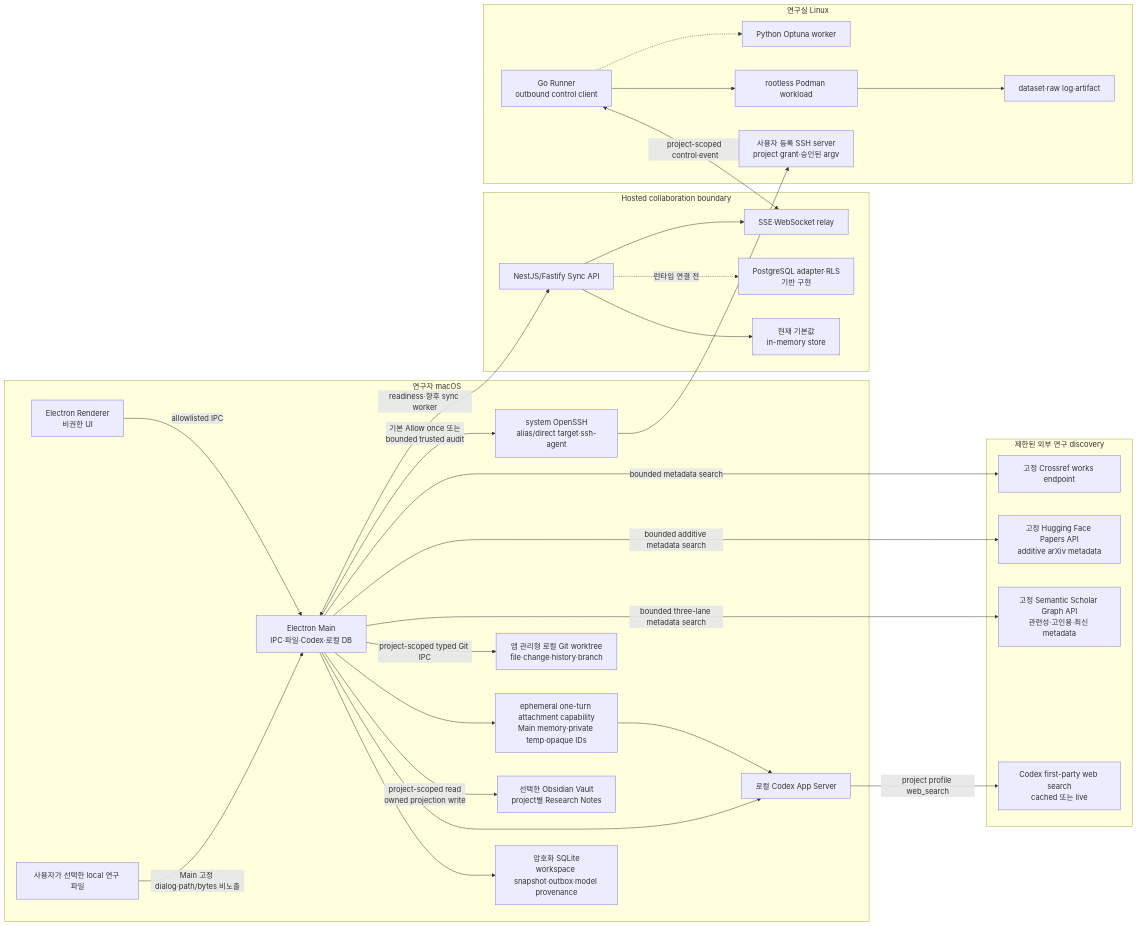
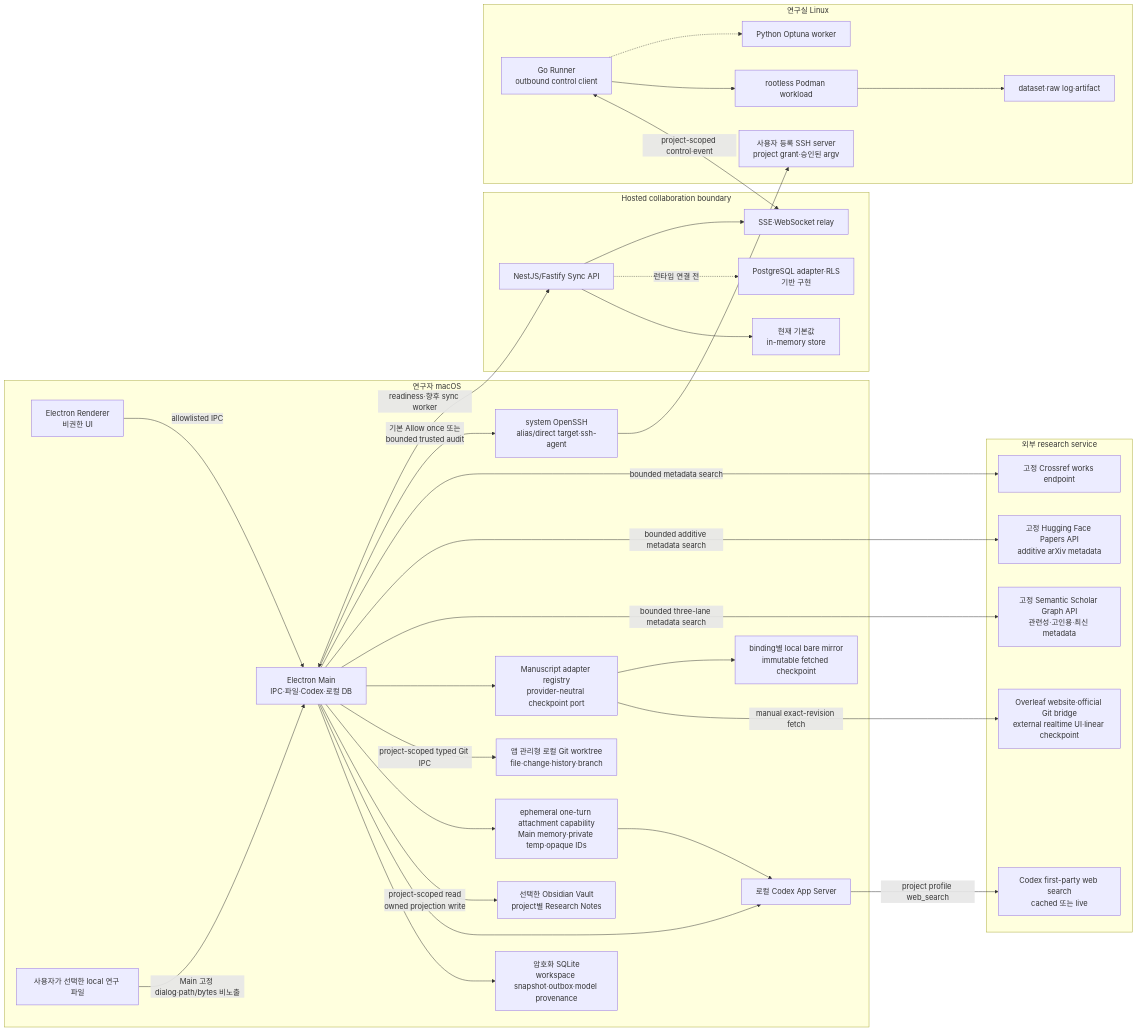
One commit to gli-minsuk-shin/GOSU changed the first of 7 diagrams in docs/ARCHITECTURE.md. Above: the diagram before and after it, drawn with Mermaid. The commit also changed other lines of this file and 127 other files, not shown here.

````diff
--- a/docs/ARCHITECTURE.md
+++ b/docs/ARCHITECTURE.md
@@ -45,56 +45,61 @@
 ```mermaid
 flowchart LR
   subgraph Mac["연구자 macOS"]
     Renderer["Electron Renderer\n비권한 UI"]
     Main["Electron Main\nIPC·파일·Codex·로컬 DB"]
     LocalDB["암호화 SQLite\nworkspace snapshot·outbox·model provenance"]
     Codex["로컬 Codex App Server"]
     Vault["선택한 Obsidian Vault\nproject별 Research Notes"]
     AttachmentFiles["사용자가 선택한 local 연구 파일"]
     AttachmentCapability["ephemeral one-turn attachment capability\nMain memory·private temp·opaque IDs"]
     Git["앱 관리형 로컬 Git worktree\nfile·change·history·branch"]
+    ManuscriptAdapter["Manuscript adapter registry\nprovider-neutral checkpoint port"]
+    ManuscriptMirror["binding별 local bare mirror\nimmutable fetched checkpoint"]
     OpenSSH["system OpenSSH\nalias/direct target·ssh-agent"]
   end
 
-  subgraph External["제한된 외부 연구 discovery"]
+  subgraph External["외부 research service"]
     WebSearch["Codex first-party web search\ncached 또는 live"]
     SemanticScholar["고정 Semantic Scholar Graph API\n관련성·고인용·최신 metadata"]
     HuggingFace["고정 Hugging Face Papers API\nadditive arXiv metadata"]
     Crossref["고정 Crossref works endpoint"]
+    Overleaf["Overleaf website·official Git bridge\nexternal realtime UI·linear checkpoint"]
   end
 
   subgraph Hosted["Hosted collaboration boundary"]
     API["NestJS/Fastify Sync API"]
     Memory["현재 기본값\nin-memory store"]
     Postgres["PostgreSQL adapter·RLS\n기반 구현"]
     Relay["SSE·WebSocket relay"]
   end
 
   subgraph Lab["연구실 Linux"]
     Runner["Go Runner\noutbound control client"]
     Podman["rootless Podman workload"]
     Artifacts["dataset·raw log·artifact"]
     Optimizer["Python Optuna worker"]
     SshHost["사용자 등록 SSH server\nproject grant·승인된 argv"]
   end
 
   Renderer -->|"allowlisted IPC"| Main
   Main --> LocalDB
   Main --> Codex
   Main -->|"project-scoped read\nowned projection write"| Vault
   AttachmentFiles -->|"Main 고정 dialog·path/bytes 비노출"| Main --> AttachmentCapability --> Codex
   Main -->|"project-scoped typed Git IPC"| Git
+  Main --> ManuscriptAdapter -->|"manual exact-revision fetch"| Overleaf
+  ManuscriptAdapter --> ManuscriptMirror
   Codex -->|"project profile web_search"| WebSearch
   Main -->|"bounded three-lane metadata search"| SemanticScholar
   Main -->|"bounded additive metadata search"| HuggingFace
   Main -->|"bounded metadata search"| Crossref
   Main -->|"기본 Allow once 또는\nbounded trusted audit"| OpenSSH --> SshHost
   Main <-->|"readiness·향후 sync worker"| API
   API --> Memory
   API -.->|"런타임 연결 전"| Postgres
   API --> Relay
   Runner <-->|"project-scoped control·event"| Relay
   Runner --> Podman
   Podman --> Artifacts
   Runner -.-> Optimizer
 ```
````
